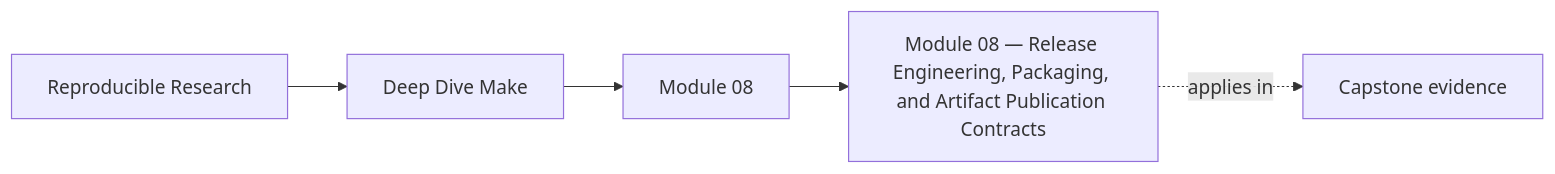
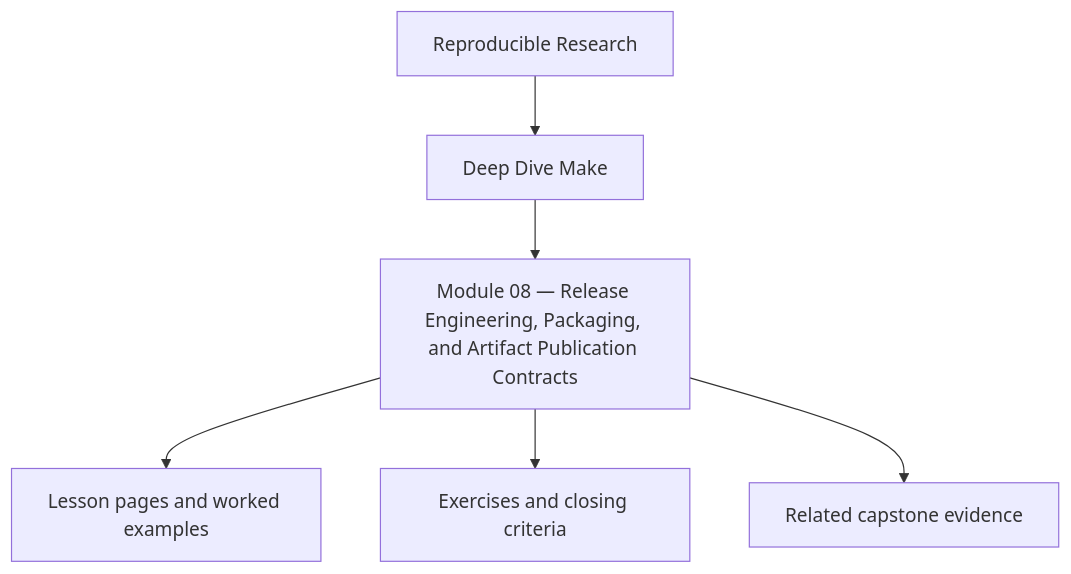
Before and after one commit to bijux/bijux-masterclass: the first of 2 diagrams in programs/reproducible-research/deep-dive-make/course-book/module-08-release-engineering-and-artifact-publication-contracts/index.md, drawn with Mermaid. The commit also changed other lines of this file and 10 other files, not shown here.

Commit message:
docs(deep-dive-make): reposition module overview diagrams

````diff
--- a/programs/reproducible-research/deep-dive-make/course-book/module-08-release-engineering-and-artifact-publication-contracts/index.md
+++ b/programs/reproducible-research/deep-dive-make/course-book/module-08-release-engineering-and-artifact-publication-contracts/index.md
@@ -9,11 +9,8 @@
 ```mermaid
-graph LR
-  family["Reproducible Research"]
-  program["Deep Dive Make"]
-  section["Module 08"]
-  page["Module 08 — Release Engineering, Packaging, and Artifact Publication Contracts"]
-  capstone["Capstone evidence"]
-
-  family --> program --> section --> page
-  page -.applies in.-> capstone
+flowchart TD
+  family["Reproducible Research"] --> program["Deep Dive Make"]
+  program --> module["Module 08 — Release Engineering, Packaging, and Artifact Publication Contracts"]
+  module --> lessons["Lesson pages and worked examples"]
+  module --> checkpoints["Exercises and closing criteria"]
+  module --> capstone["Related capstone evidence"]
 ```
````
